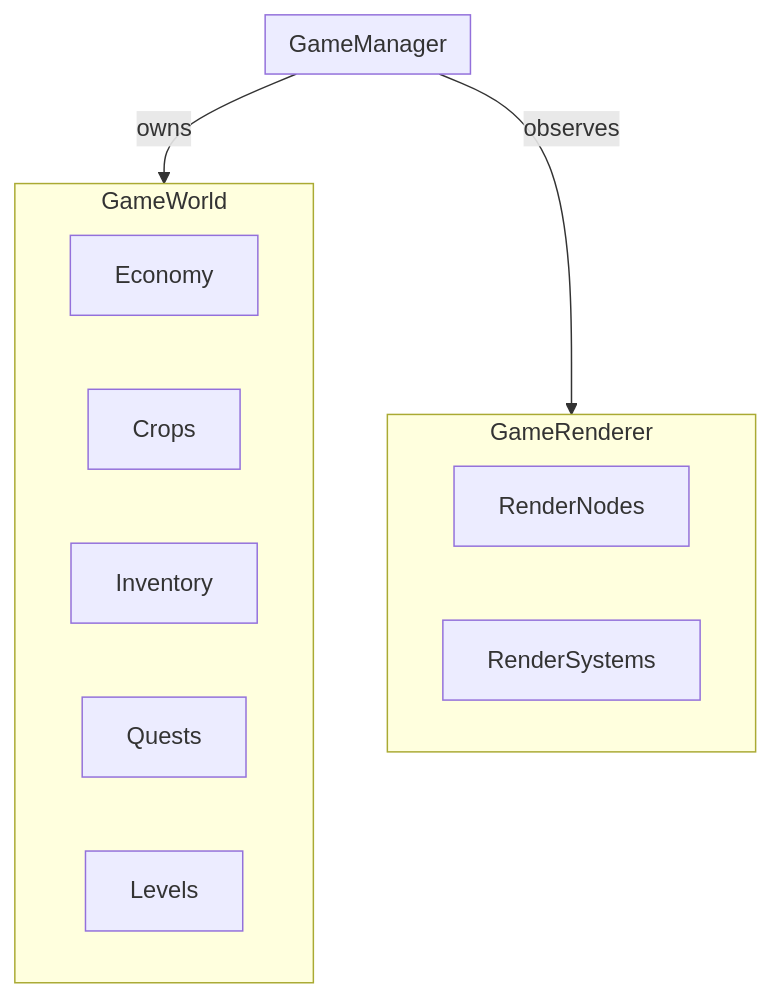
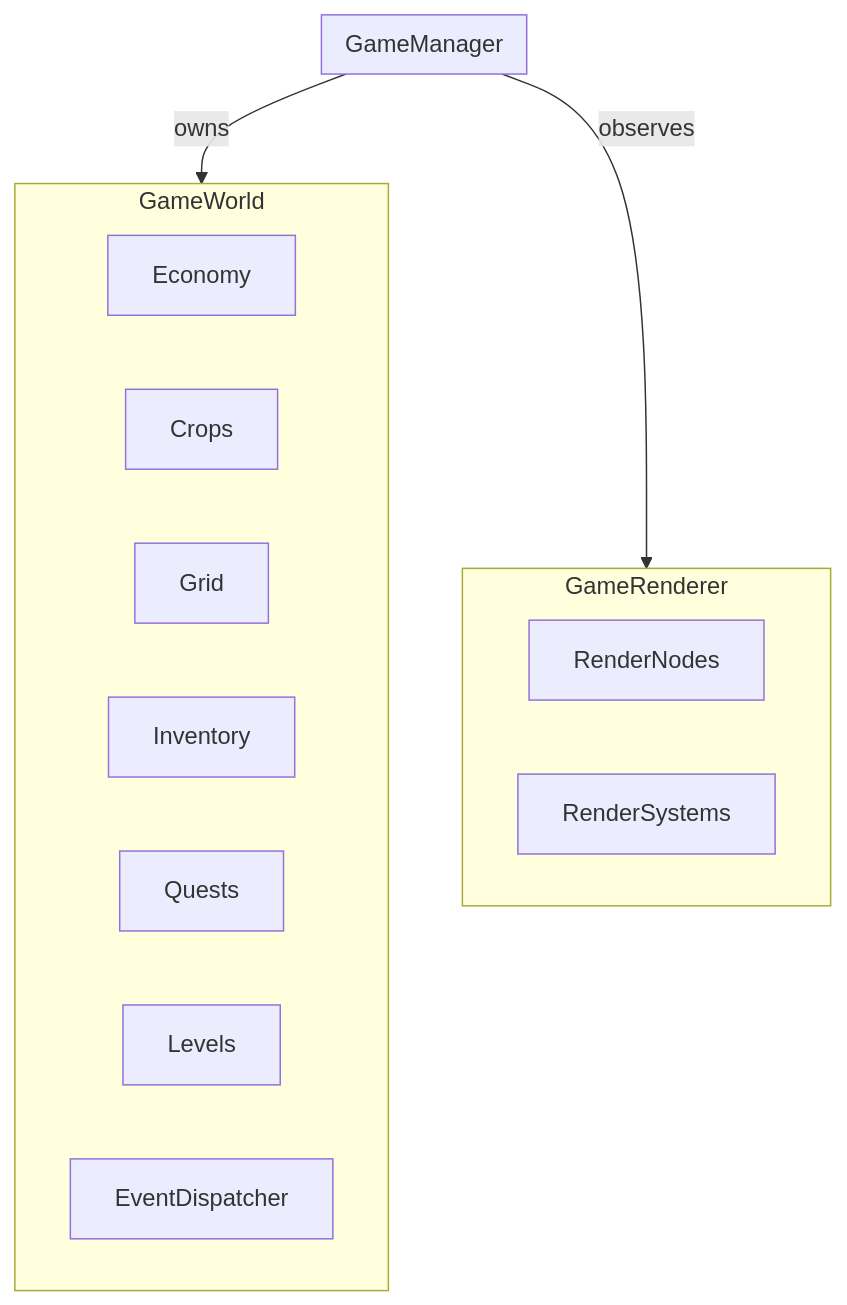
Before and after one commit to Ah-Leongs-Farm/mermaid-diagrams: the diagram in sprint1/overall-structure.mmd, drawn with Mermaid. The commit also changed 3 other files, not shown here.

Commit message:
add sprint1 diagram

```diff
--- a/sprint1/overall-structure.mmd
+++ b/sprint1/overall-structure.mmd
@@ -1,20 +1,22 @@
 flowchart TD
     GameManager -- owns --> GameWorld
     GameManager -- observes --> GameRenderer
 
     subgraph "GameRenderer"
         RenderNodes
         RenderSystems
     end
 
     subgraph "GameManager"
         
     end
 
     subgraph "GameWorld"
         Economy
         Crops
+        Grid
         Inventory
         Quests
         Levels
+        EventDispatcher
     end
```
